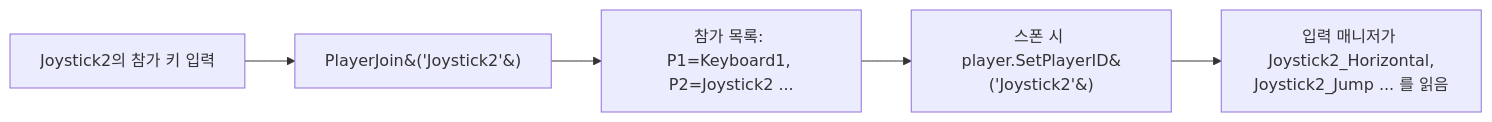
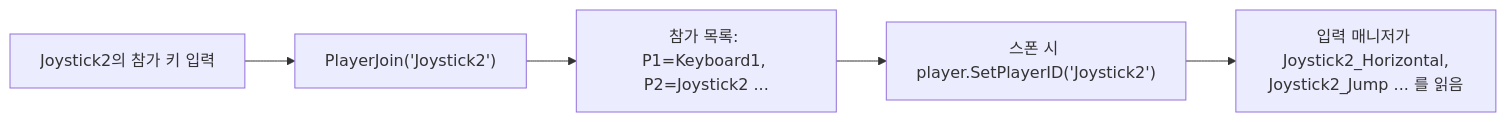
The first of 3 diagrams in docs/TechnicalDesign.md (Youngdu-Min/Gun-Slash-Codes), drawn with Mermaid before and after one commit.

Commit message:
Mermaid 다이어그램 파싱 오류 수정
괄호가 들어간 노드 라벨을 따옴표로 감싸 GitHub 렌더링 오류 해결

````diff
--- a/docs/TechnicalDesign.md
+++ b/docs/TechnicalDesign.md
@@ -53,7 +53,7 @@
 ```mermaid
 flowchart LR
-    K[Joystick2의 참가 키 입력] --> J[PlayerJoin&#40;'Joystick2'&#41;]
+    K[Joystick2의 참가 키 입력] --> J["PlayerJoin('Joystick2')"]
     J --> L[참가 목록: P1=Keyboard1, P2=Joystick2 ...]
-    L --> S[스폰 시 player.SetPlayerID&#40;'Joystick2'&#41;]
+    L --> S["스폰 시 player.SetPlayerID('Joystick2')"]
     S --> I[입력 매니저가 Joystick2_Horizontal,<br/>Joystick2_Jump ... 를 읽음]
 ```
````
